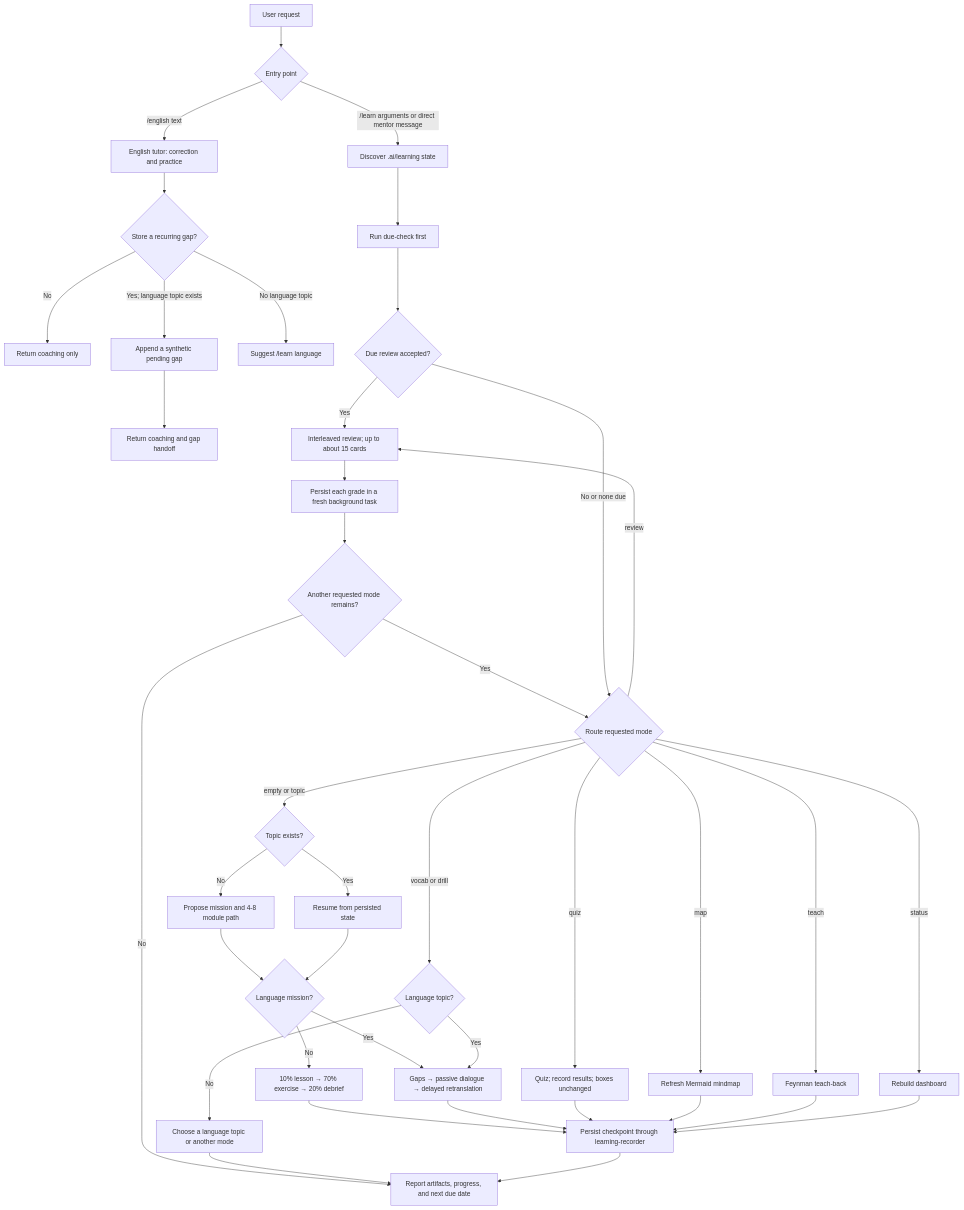
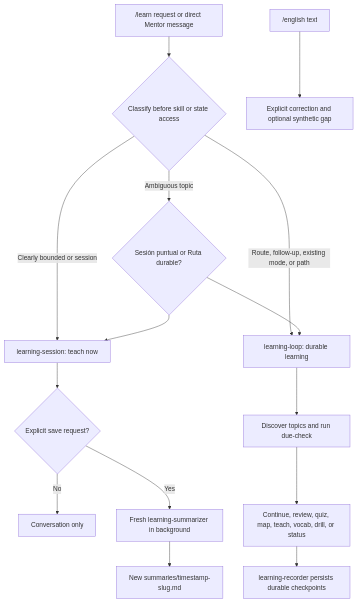
Before and after one commit to andresnator/agents-orchestrator: the diagram in domains/learning/README.md, drawn with Mermaid. The commit also changed other lines of this file and 12 other files, not shown here.

Commit message:
feat(learning): add one-off sessions and summaries

````diff
--- a/domains/learning/README.md
+++ b/domains/learning/README.md
@@ -19,46 +26,20 @@
 ```mermaid
 flowchart TD
-    U["User request"] --> E{"Entry point"}
-    E -->|"/english text"| ET["English tutor: correction and practice"]
-    ET --> OPT{"Store a recurring gap?"}
-    OPT -->|"No"| EO["Return coaching only"]
-    OPT -->|"Yes; language topic exists"| GAP["Append a synthetic pending gap"]
-    OPT -->|"No language topic"| SUG["Suggest /learn language"]
-    GAP --> EH["Return coaching and gap handoff"]
+    U["/learn request or direct Mentor message"] --> C{"Classify before skill or state access"}
+    C -->|"Clearly bounded or session"| S["learning-session: teach now"]
+    C -->|"Route, follow-up, existing mode, or path"| D["learning-loop: durable learning"]
+    C -->|"Ambiguous topic"| Q{"Sesión puntual or Ruta durable?"}
+    Q --> S
+    Q --> D
 
-    E -->|"/learn arguments or direct mentor message"| DISC["Discover .ai/learning state"]
-    DISC --> DUE["Run due-check first"]
-    DUE --> OFFER{"Due review accepted?"}
-    OFFER -->|"Yes"| REV["Interleaved review; up to about 15 cards"]
-    REV --> BG["Persist each grade in a fresh background task"]
-    BG --> MORE{"Another requested mode remains?"}
-    MORE -->|"No"| CLOSE["Report artifacts, progress, and next due date"]
-    MORE -->|"Yes"| ROUTE{"Route requested mode"}
-    OFFER -->|"No or none due"| ROUTE
+    S --> SAVE{"Explicit save request?"}
+    SAVE -->|"No"| CHAT["Conversation only"]
+    SAVE -->|"Yes"| SUM["Fresh learning-summarizer in background"]
+    SUM --> FILE["New summaries/timestamp-slug.md"]
 
-    ROUTE -->|"empty or topic"| TOPIC{"Topic exists?"}
-    ROUTE -->|"review"| REV
-    TOPIC -->|"No"| NEW["Propose mission and 4-8 module path"]
-    TOPIC -->|"Yes"| RESUME["Resume from persisted state"]
-    NEW --> KIND{"Language mission?"}
-    RESUME --> KIND
-    KIND -->|"No"| GEN["10% lesson → 70% exercise → 20% debrief"]
-    KIND -->|"Yes"| LANG["Gaps → passive dialogue → delayed retranslation"]
+    D --> STATE["Discover topics and run due-check"]
+    STATE --> MODE["Continue, review, quiz, map, teach, vocab, drill, or status"]
+    MODE --> REC["learning-recorder persists durable checkpoints"]
 
-    ROUTE -->|"quiz"| QUIZ["Quiz; record results; boxes unchanged"]
-    ROUTE -->|"map"| MAP["Refresh Mermaid mindmap"]
-    ROUTE -->|"teach"| TEACH["Feynman teach-back"]
-    ROUTE -->|"vocab or drill"| ONLY{"Language topic?"}
-    ONLY -->|"Yes"| LANG
-    ONLY -->|"No"| PICK["Choose a language topic or another mode"]
-    ROUTE -->|"status"| STATUS["Rebuild dashboard"]
-
-    GEN --> FG["Persist checkpoint through learning-recorder"]
-    LANG --> FG
-    QUIZ --> FG
-    MAP --> FG
-    TEACH --> FG
-    STATUS --> FG
-    PICK --> CLOSE
-    FG --> CLOSE
+    E["/english text"] --> ET["Explicit correction and optional synthetic gap"]
 ```
````
